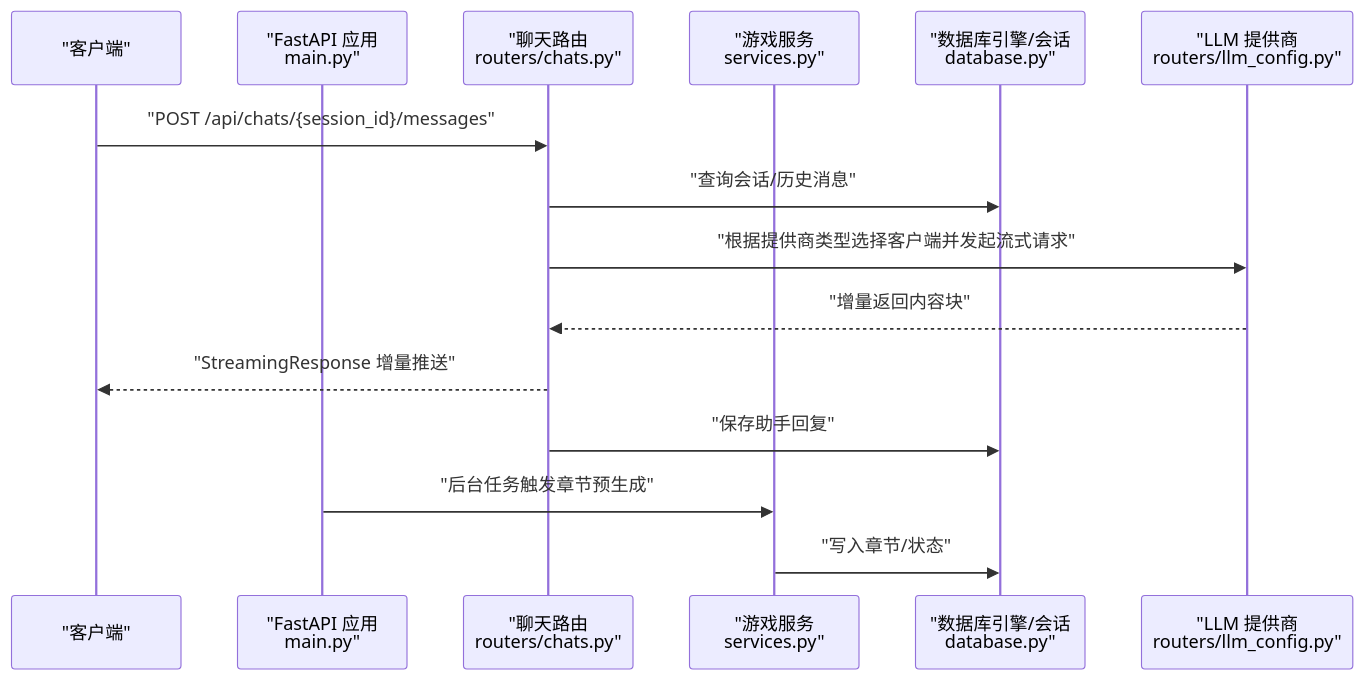
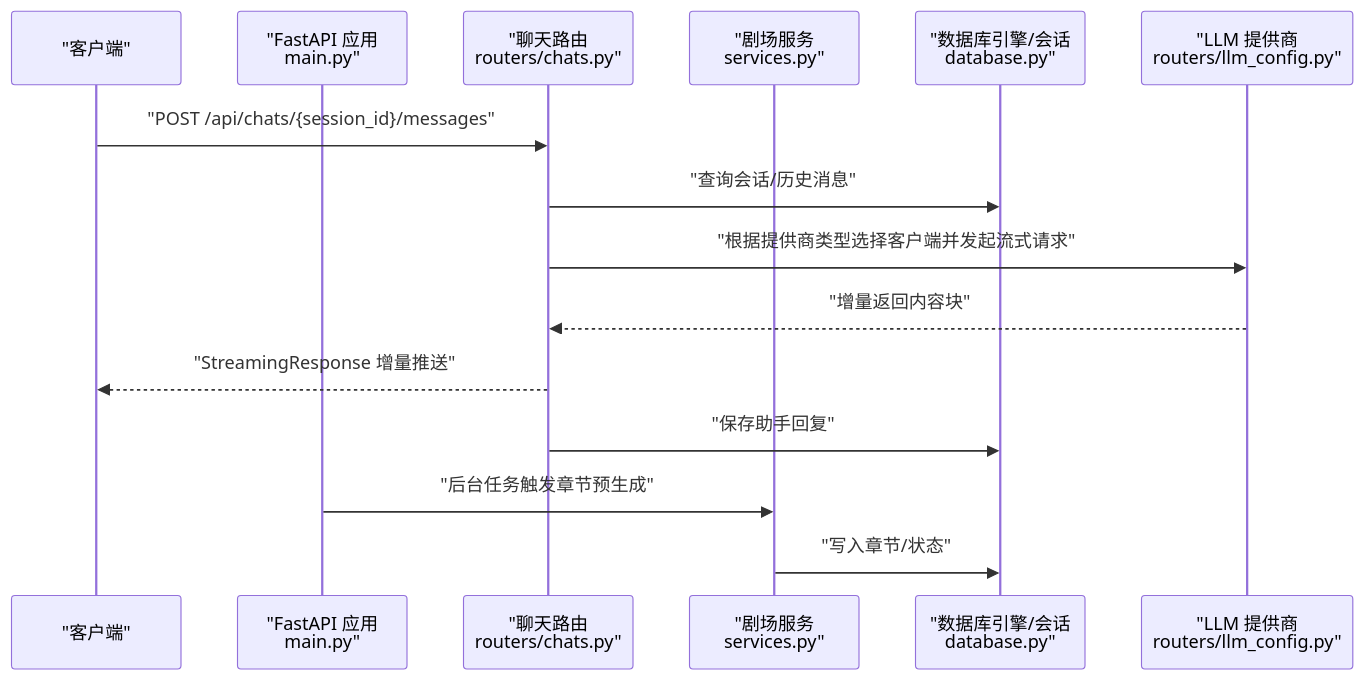
The second of 5 diagrams in .qoder/repowiki/zh/content/部署指南/后端部署/性能优化/性能优化.md (KunLabAI/KunFlix), drawn with Mermaid before and after one commit. The commit also changed other lines of this file and 112 other files, not shown here.

````diff
--- a/.qoder/repowiki/zh/content/部署指南/后端部署/性能优化/性能优化.md
+++ b/.qoder/repowiki/zh/content/部署指南/后端部署/性能优化/性能优化.md
@@ -124,17 +124,17 @@
 ```mermaid
 sequenceDiagram
 participant C as "客户端"
 participant API as "FastAPI 应用<br/>main.py"
 participant CHAT as "聊天路由<br/>routers/chats.py"
-participant SVC as "游戏服务<br/>services.py"
+participant SVC as "剧场服务<br/>services.py"
 participant DB as "数据库引擎/会话<br/>database.py"
 participant LLM as "LLM 提供商<br/>routers/llm_config.py"
 C->>CHAT : "POST /api/chats/{session_id}/messages"
 CHAT->>DB : "查询会话/历史消息"
 CHAT->>LLM : "根据提供商类型选择客户端并发起流式请求"
 LLM-->>CHAT : "增量返回内容块"
 CHAT-->>C : "StreamingResponse 增量推送"
 CHAT->>DB : "保存助手回复"
 API->>SVC : "后台任务触发章节预生成"
 SVC->>DB : "写入章节/状态"
 ```
````
